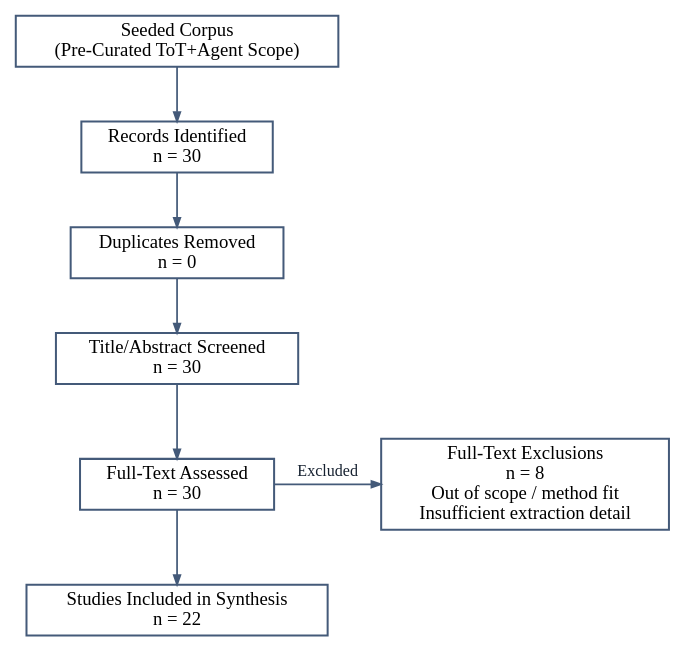
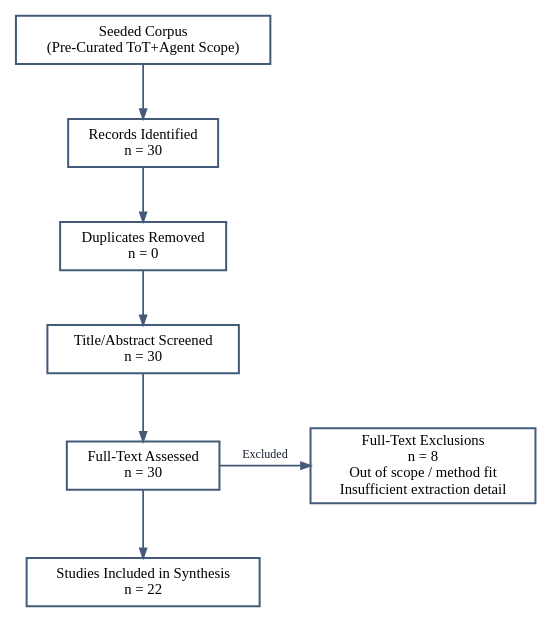
The diagram in assets/diagram_survey_method.dot (quiznat/tot-hf-survey-artifacts), drawn with Graphviz before and after one commit. The commit also changed 15 other files, not shown here.

Commit message:
Phase1: normalize diagram typography to manuscript scale

```diff
--- a/assets/diagram_survey_method.dot
+++ b/assets/diagram_survey_method.dot
@@ -1,18 +1,18 @@
 digraph G {
   graph [bgcolor="#ffffff", pad="0.06", nodesep="0.34", ranksep="0.50", splines="polyline", fontname="Times-Roman", fontcolor="#162130", margin="0.02", rankdir="TB", ranksep="0.56"];
-  node [shape="box", style="filled", fillcolor="#ffffff", color="#445a79", penwidth="1.5", fontname="Times-Roman", fontsize="14", margin="0.08,0.06"];
-  edge [color="#445a79", penwidth="1.3", arrowsize="0.70", fontname="Times-Roman", fontsize="12", fontcolor="#162130"];
+  node [shape="box", style="filled", fillcolor="#ffffff", color="#445a79", penwidth="1.5", fontname="Times-Roman", fontsize="11", margin="0.06,0.05"];
+  edge [color="#445a79", penwidth="1.3", arrowsize="0.70", fontname="Times-Roman", fontsize="9", fontcolor="#162130"];
 
   seed [label="Seeded Corpus\n(Pre-Curated ToT+Agent Scope)"];
   records [label="Records Identified\nn = 30"];
   dupes [label="Duplicates Removed\nn = 0"];
   screened [label="Title/Abstract Screened\nn = 30"];
   fulltext [label="Full-Text Assessed\nn = 30"];
   included [label="Studies Included in Synthesis\nn = 22"];
   excluded [label="Full-Text Exclusions\nn = 8\nOut of scope / method fit\nInsufficient extraction detail"];
 
   seed -> records -> dupes -> screened -> fulltext -> included;
   fulltext -> excluded [label="Excluded", constraint=false];
 
   { rank=same; fulltext; excluded }
 }
```
